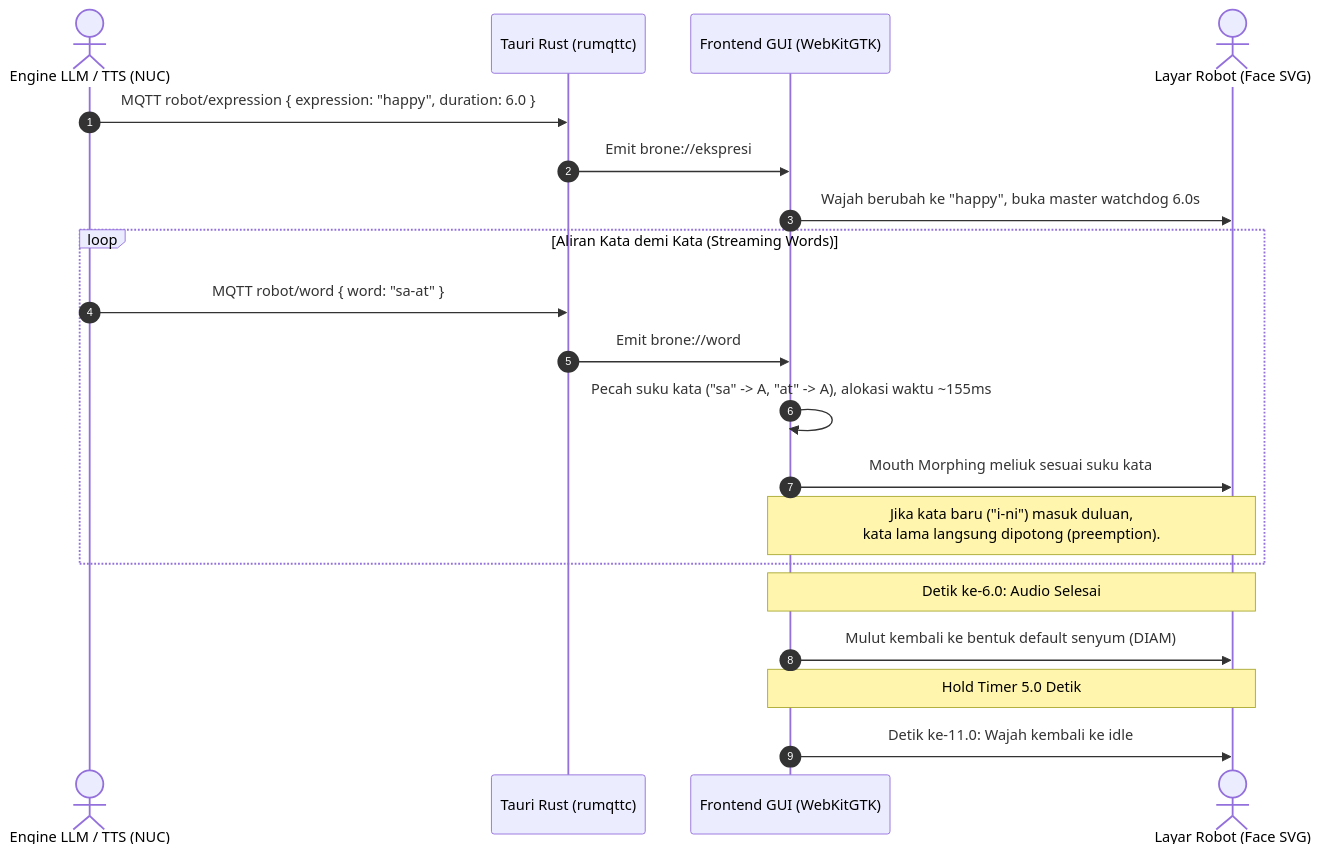
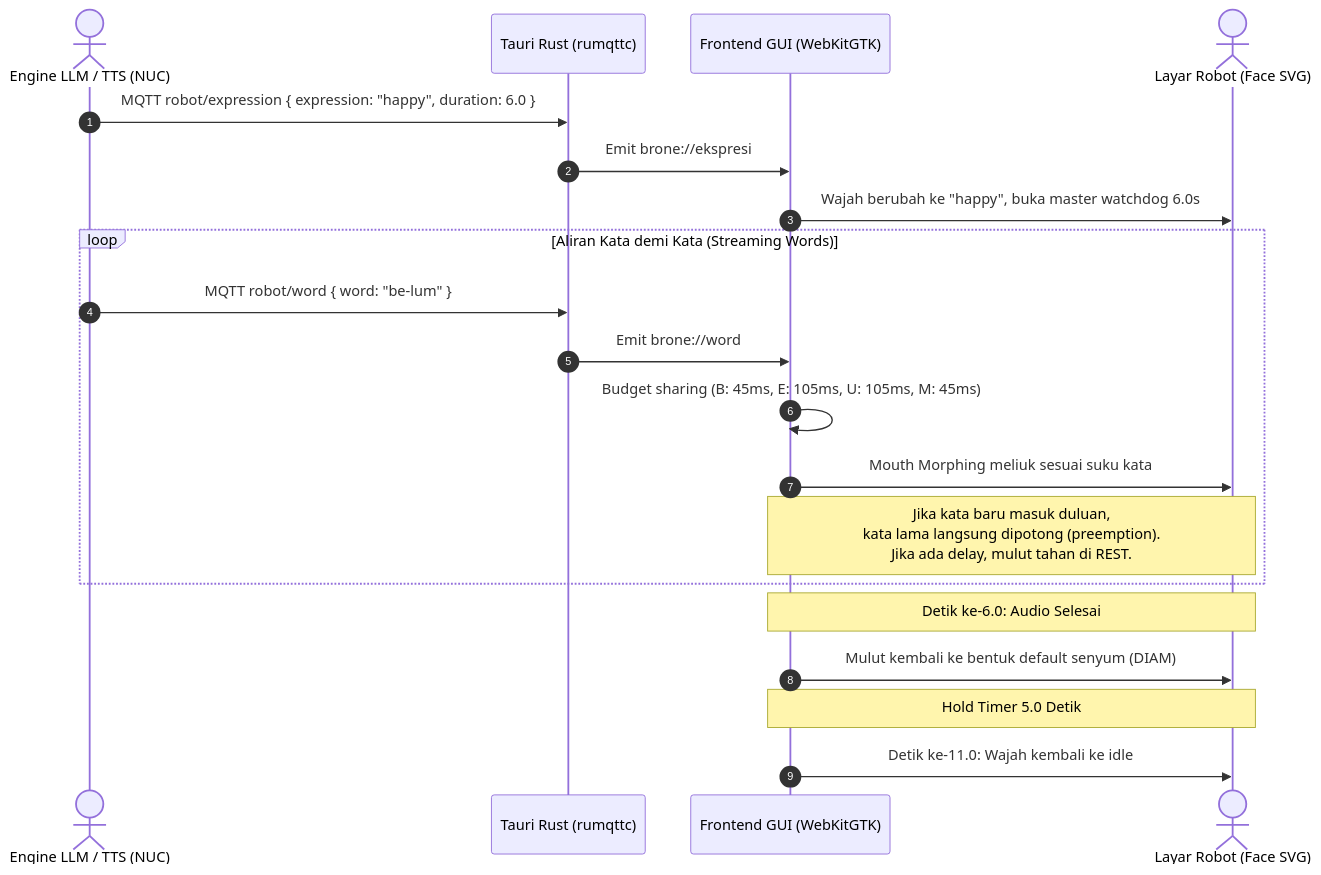
One commit to Cicatrixscar/BroneGUI-Tauri changed the diagram in docs/rekap-ide-baru-viseme-streaming.md. Above: the diagram before and after it, drawn with Mermaid. The commit also changed other lines of this file, not shown here.

Commit message:
docs: perbarui rekap streaming viseme dengan budget sharing PBM dan aturan kasus vokal

````diff
--- a/docs/rekap-ide-baru-viseme-streaming.md
+++ b/docs/rekap-ide-baru-viseme-streaming.md
@@ -15,25 +15,25 @@
 ```mermaid
 sequenceDiagram
     autonumber
     actor LLM as Engine LLM / TTS (NUC)
     participant Rust as Tauri Rust (rumqttc)
     participant JS as Frontend GUI (WebKitGTK)
     actor Screen as Layar Robot (Face SVG)
 
     LLM->>Rust: MQTT robot/expression { expression: "happy", duration: 6.0 }
     Rust->>JS: Emit brone://ekspresi
     JS->>Screen: Wajah berubah ke "happy", buka master watchdog 6.0s
 
     loop Aliran Kata demi Kata (Streaming Words)
-        LLM->>Rust: MQTT robot/word { word: "sa-at" }
+        LLM->>Rust: MQTT robot/word { word: "be-lum" }
         Rust->>JS: Emit brone://word
-        JS->>JS: Pecah suku kata ("sa" -> A, "at" -> A), alokasi waktu ~155ms
+        JS->>JS: Budget sharing (B: 45ms, E: 105ms, U: 105ms, M: 45ms)
         JS->>Screen: Mouth Morphing meliuk sesuai suku kata
-        Note over JS,Screen: Jika kata baru ("i-ni") masuk duluan,<br/>kata lama langsung dipotong (preemption).
+        Note over JS,Screen: Jika kata baru masuk duluan,<br/>kata lama langsung dipotong (preemption).<br/>Jika ada delay, mulut tahan di REST.
     end
 
     Note over JS,Screen: Detik ke-6.0: Audio Selesai
     JS->>Screen: Mulut kembali ke bentuk default senyum (DIAM)
     Note over JS,Screen: Hold Timer 5.0 Detik
     JS->>Screen: Detik ke-11.0: Wajah kembali ke idle
 ```
````
